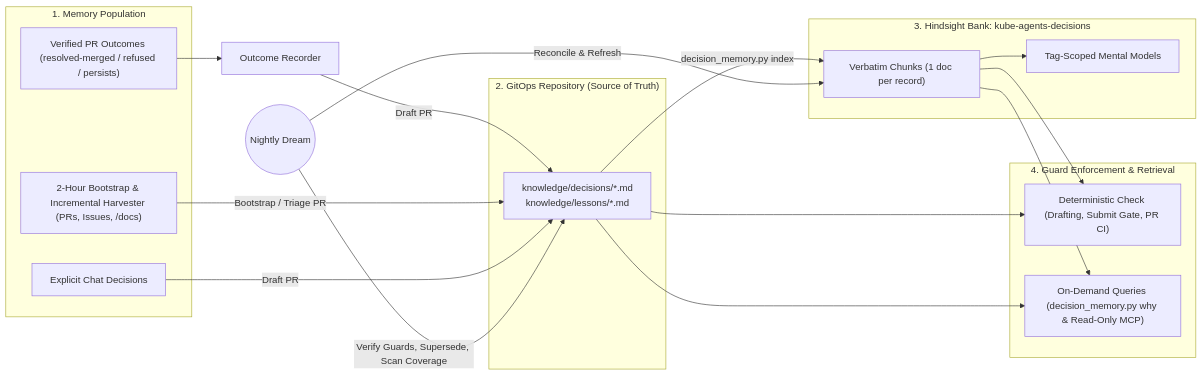
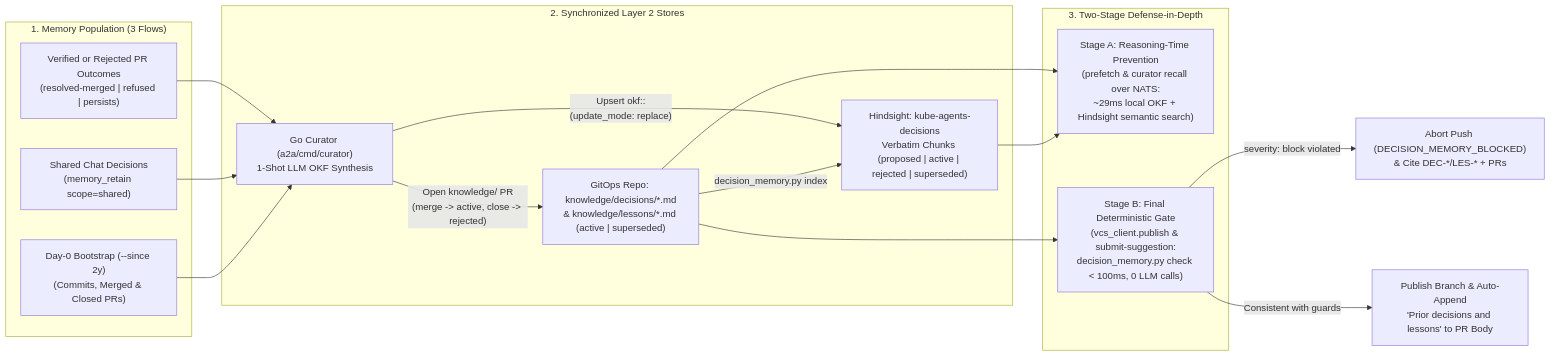
Before and after one commit to dshnayder/kube-agents: the third of 5 diagrams in docs/designs/memory.md, drawn with Mermaid. The commit also changed other lines of this file and 4 other files, not shown here.

Commit message:
feat(platform-agent): enforce decision memory guard in vcs_client.publish

````diff
--- a/docs/designs/memory.md
+++ b/docs/designs/memory.md
@@ -382,29 +412,28 @@
 ```mermaid
 flowchart LR
-  subgraph Populate["1. Memory Population"]
-    O["Verified PR Outcomes (resolved-merged / refused / persists)"]
-    H["2-Hour Bootstrap & Incremental Harvester (PRs, Issues, /docs)"]
-    C["Explicit Chat Decisions"]
+  subgraph Populate["1. Memory Population (3 Flows)"]
+    O["Verified or Rejected PR Outcomes\n(resolved-merged | refused | persists)"]
+    C["Shared Chat Decisions\n(memory_retain scope=shared)"]
+    H["Day-0 Bootstrap (--since 2y)\n(Commits, Merged & Closed PRs)"]
   end
-  subgraph Truth["2. GitOps Repository (Source of Truth)"]
-    R["knowledge/decisions/*.md\nknowledge/lessons/*.md"]
+  subgraph Stores["2. Synchronized Layer 2 Stores"]
+    Cur["Go Curator (a2a/cmd/curator)\n1-Shot LLM OKF Synthesis"]
+    Git["GitOps Repo: knowledge/decisions/*.md\n& knowledge/lessons/*.md (active | superseded)"]
+    HD["Hindsight: kube-agents-decisions\nVerbatim Chunks (proposed | active | rejected | superseded)"]
   end
-  subgraph Index["3. Hindsight Bank: kube-agents-decisions"]
-    I["Verbatim Chunks (1 doc per record)"]
-    M["Tag-Scoped Mental Models"]
+  subgraph Defense["3. Two-Stage Defense-in-Depth"]
+    S1["Stage A: Reasoning-Time Prevention\n(prefetch & curator recall over NATS:\n~29ms local OKF + Hindsight semantic search)"]
+    S2["Stage B: Final Deterministic Gate\n(vcs_client.publish & submit-suggestion:\ndecision_memory.py check < 100ms, 0 LLM calls)"]
   end
-  subgraph Consume["4. Guard Enforcement & Retrieval"]
-    P["Deterministic Check (Drafting, Submit Gate, PR CI)"]
-    Q["On-Demand Queries (decision_memory.py why & Read-Only MCP)"]
-  end
-  O --> OR["Outcome Recorder"] -->|Draft PR| R
-  H -->|Bootstrap / Triage PR| R
-  C -->|Draft PR| R
-  R -->|decision_memory.py index| I --> M
-  R --> P
-  R --> Q
-  I --> P
-  I --> Q
-  Dream(("Nightly Dream")) -->|Verify Guards, Supersede, Scan Coverage| R
-  Dream -->|Reconcile & Refresh| I
+  O --> Cur
+  C --> Cur
+  H --> Cur
+  Cur -->|"Open knowledge/ PR\n(merge -> active, close -> rejected)"| Git
+  Cur -->|"Upsert okf:<repo>:<id>\n(update_mode: replace)"| HD
+  Git -->|decision_memory.py index| HD
+  Git --> S1
+  HD --> S1
+  Git --> S2
+  S2 -->|"severity: block violated"| Blk["Abort Push (DECISION_MEMORY_BLOCKED)\n& Cite DEC-*/LES-* + PRs"]
+  S2 -->|"Consistent with guards"| Pass["Publish Branch & Auto-Append\n'Prior decisions and lessons' to PR Body"]
 ```
````
